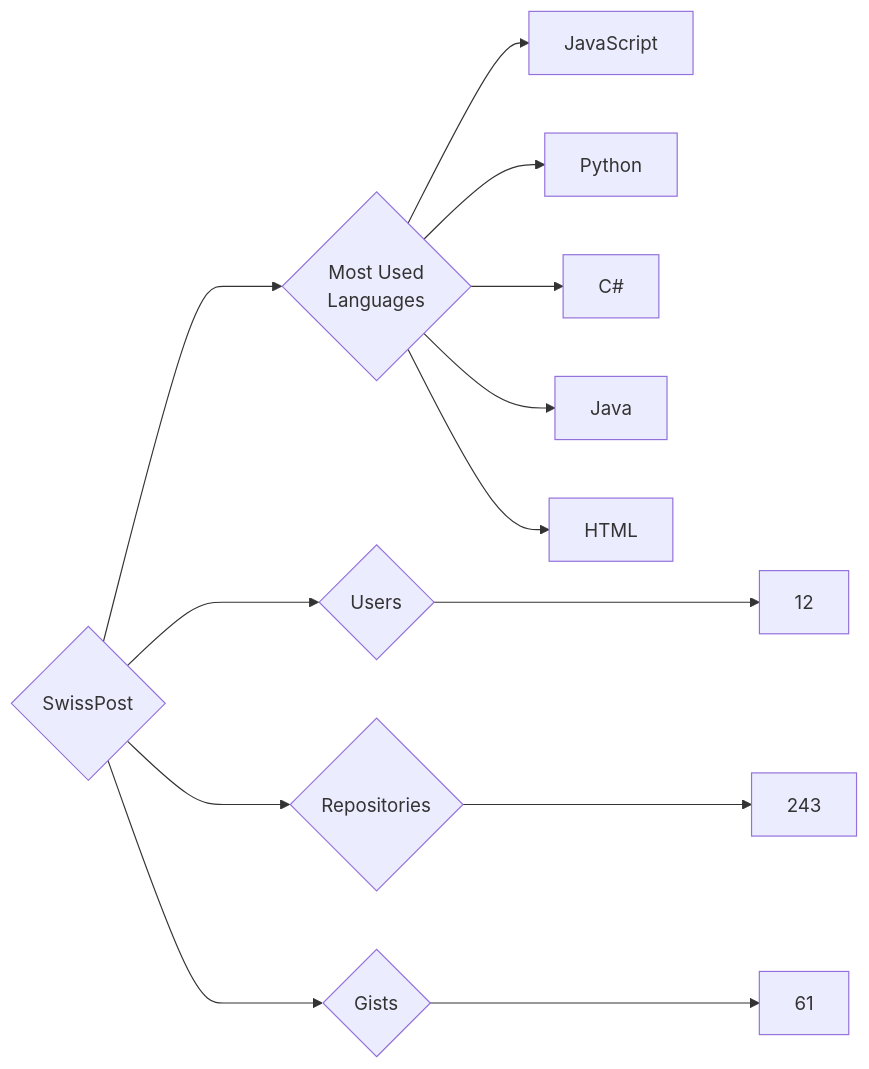
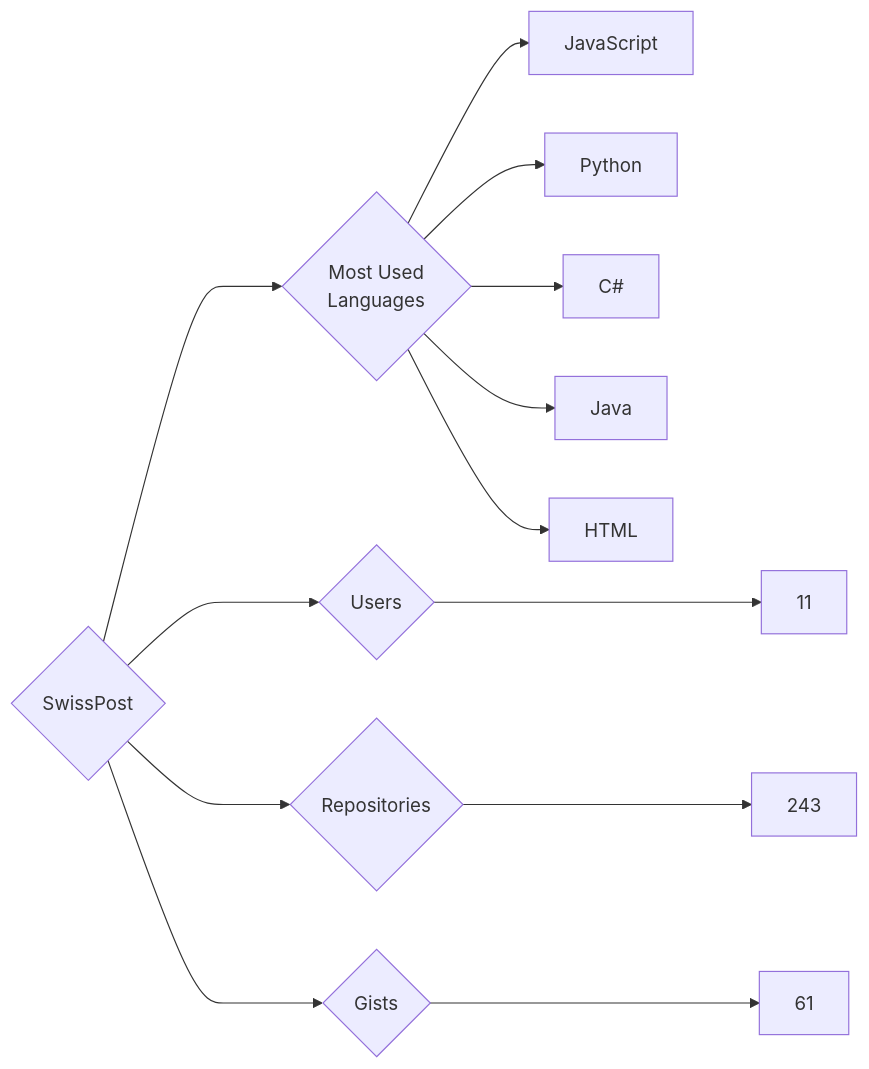
The diagram in targets/SwissPost/README.md (trickest/insiders), drawn with Mermaid before and after one commit. The commit also changed 677 other files, not shown here.

````diff
--- a/targets/SwissPost/README.md
+++ b/targets/SwissPost/README.md
@@ -3,13 +3,13 @@
 ```mermaid
 graph LR
 COMPANY_NAME{SwissPost}
-COMPANY_NAME ---> U{Users} ---> UN[12]
+COMPANY_NAME ---> U{Users} ---> UN[11]
 COMPANY_NAME ---> R{Repositories} ---> RN[243]
 COMPANY_NAME ---> G{Gists} ---> GN[61]
 COMPANY_NAME ---> ML{Most Used<br>Languages}
 ML --> JavaScript[JavaScript]
 ML --> Python[Python]
 ML --> C#[C#]
 ML --> Java[Java]
 ML --> HTML[HTML]
 ```
````
